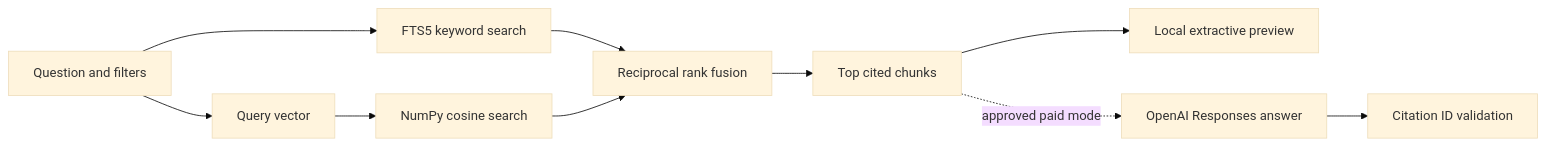
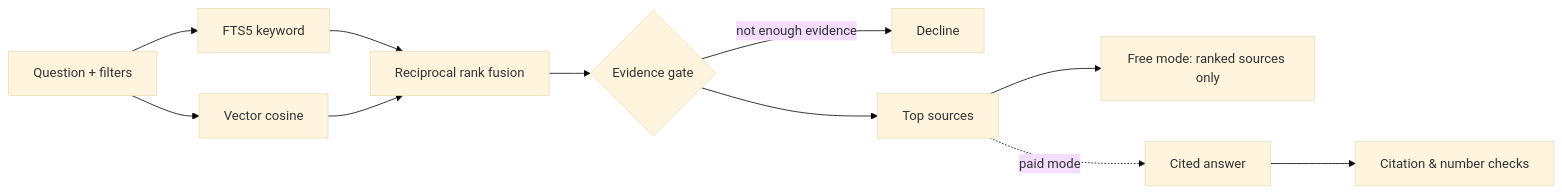
One commit to Harsh18894/Gist changed the second of 2 diagrams in docs/architecture.md. Above: the diagram before and after it, drawn with Mermaid (base theme). The commit also changed other lines of this file and 30 other files, not shown here.

````diff
--- a/docs/architecture.md
+++ b/docs/architecture.md
@@ -48,12 +48,12 @@
 ```mermaid
 flowchart LR
-    Q[Question and filters] --> K[FTS5 keyword search]
-    Q --> M[Query vector]
-    K --> R[Reciprocal rank fusion]
-    M --> N[NumPy cosine search]
-    N --> R
-    R --> C[Top cited chunks]
-    C --> D[Local extractive preview]
-    C -. approved paid mode .-> O[OpenAI Responses answer]
-    O --> V[Citation ID validation]
+    Q[Question + filters] --> K[FTS5 keyword]
+    Q --> V[Vector cosine]
+    K --> F[Reciprocal rank fusion]
+    V --> F
+    F --> G{Evidence gate}
+    G -- not enough evidence --> A[Decline]
+    G --> S[Top sources]
+    S --> D[Free mode: ranked sources only]
+    S -. paid mode .-> L[Cited answer] --> C[Citation & number checks]
 ```
````
